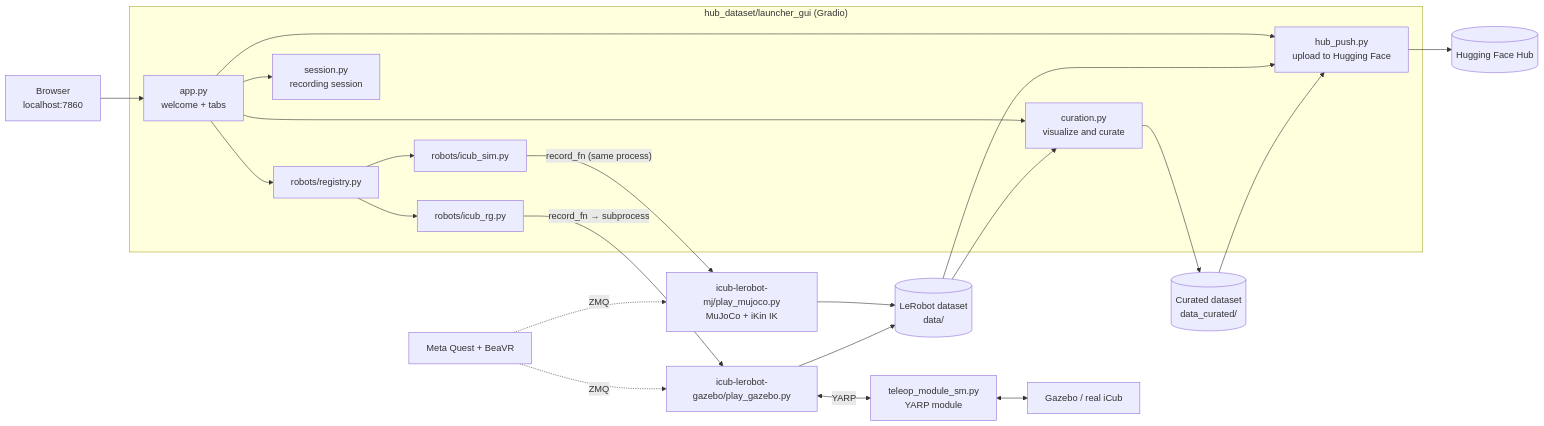
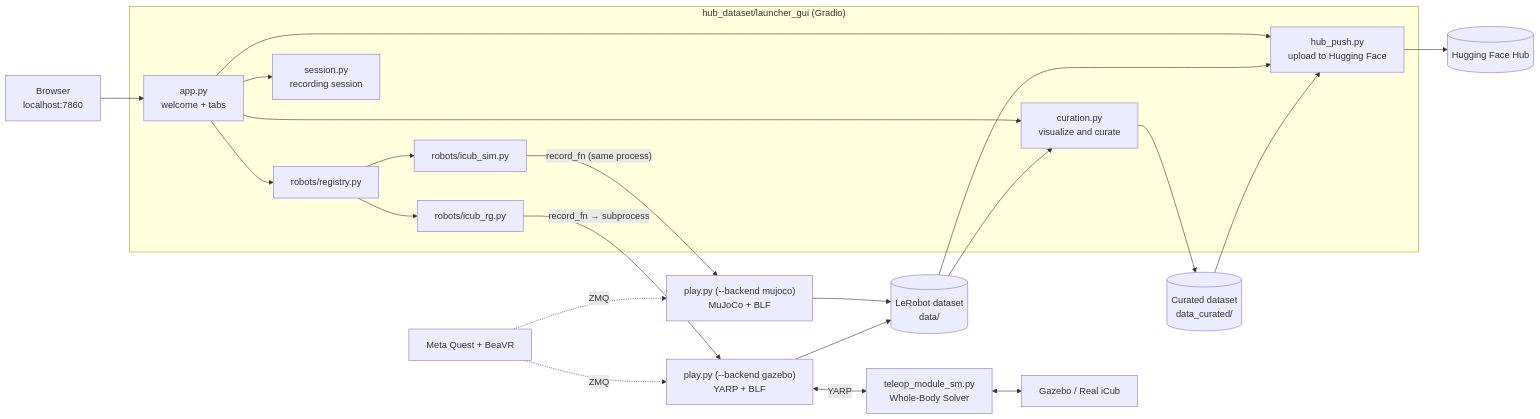
The diagram in README.md (mkloviiin/PMM_Final), drawn with Mermaid before and after one commit. The commit also changed other lines of this file and 9 other files, not shown here.

````diff
--- a/README.md
+++ b/README.md
@@ -190,26 +195,26 @@
 ```mermaid
 flowchart LR
-    U[Browser<br/>localhost:7860] --> APP
+    U["Browser<br/>localhost:7860"] --> APP
 
     subgraph HUB["hub_dataset/launcher_gui (Gradio)"]
-        APP[app.py<br/>welcome + tabs] --> REG[robots/registry.py]
-        APP --> SES[session.py<br/>recording session]
-        APP --> CUR[curation.py<br/>visualize and curate]
-        APP --> PUSH[hub_push.py<br/>upload to Hugging Face]
-        REG --> SIM[robots/icub_sim.py]
-        REG --> RG[robots/icub_rg.py]
+        APP["app.py<br/>welcome + tabs"] --> REG["robots/registry.py"]
+        APP --> SES["session.py<br/>recording session"]
+        APP --> CUR["curation.py<br/>visualize and curate"]
+        APP --> PUSH["hub_push.py<br/>upload to Hugging Face"]
+        REG --> SIM["robots/icub_sim.py"]
+        REG --> RG["robots/icub_rg.py"]
     end
 
-    SIM -- "record_fn (same process)" --> PMJ[icub-lerobot-mj/play_mujoco.py<br/>MuJoCo + iKin IK]
-    RG -- "record_fn → subprocess" --> PGZ[icub-lerobot-gazebo/play_gazebo.py]
-    PGZ <-->|YARP| YM[teleop_module_sm.py<br/>YARP module]
-    YM <--> ROBOT[Gazebo / real iCub]
-    VR[Meta Quest + BeaVR] -. ZMQ .-> PMJ
+    SIM -- "record_fn (same process)" --> PMJ["play.py (--backend mujoco)<br/>MuJoCo + BLF"]
+    RG -- "record_fn → subprocess" --> PGZ["play.py (--backend gazebo)<br/>YARP + BLF"]
+    PGZ <-->|YARP| YM["teleop_module_sm.py<br/>Whole-Body Solver"]
+    YM <--> ROBOT["Gazebo / Real iCub"]
+    VR["Meta Quest + BeaVR"] -. ZMQ .-> PMJ
     VR -. ZMQ .-> PGZ
 
-    PMJ --> DS[(LeRobot dataset<br/>data/)]
+    PMJ --> DS[("LeRobot dataset<br/>data/")]
     PGZ --> DS
-    DS --> CUR --> DC[(Curated dataset<br/>data_curated/)]
+    DS --> CUR --> DC[("Curated dataset<br/>data_curated/")]
     DS --> PUSH
-    DC --> PUSH --> HF[(Hugging Face Hub)]
+    DC --> PUSH --> HF[("Hugging Face Hub")]
 ```
````
